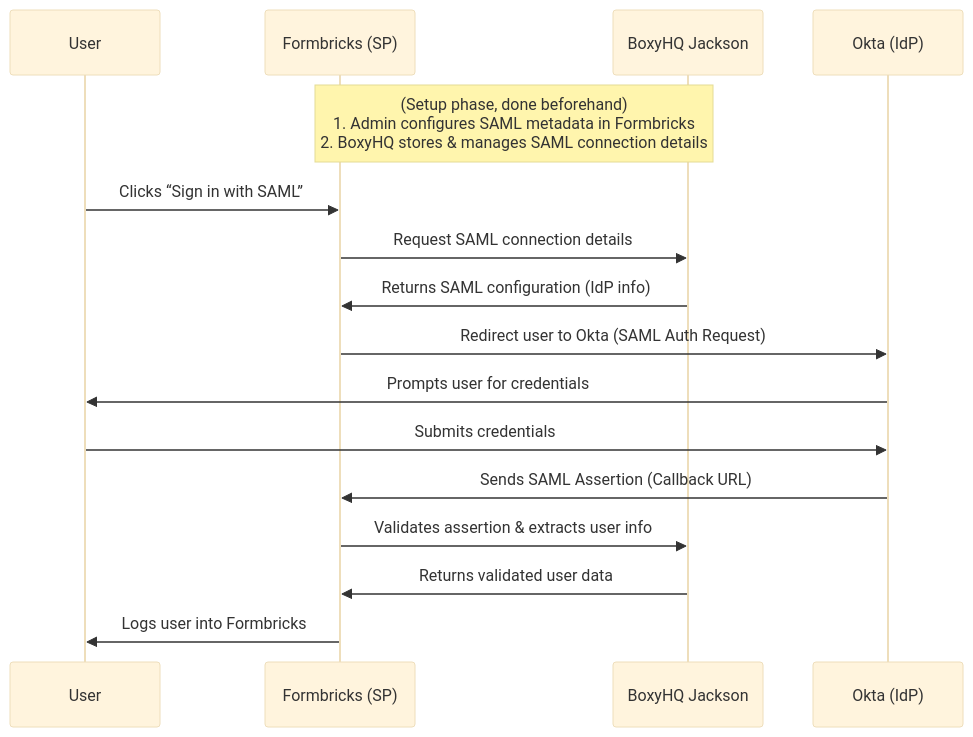
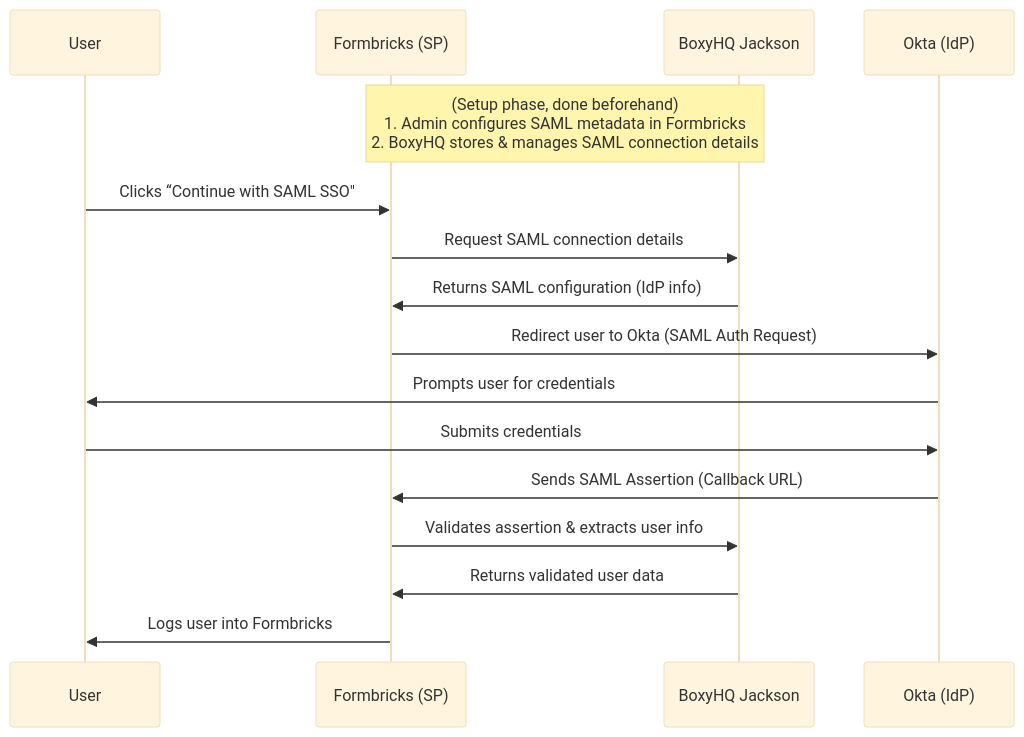
The diagram in docs/self-hosting/configuration/auth-sso/saml-sso.mdx (formbricks/formbricks), drawn with Mermaid (base theme) before and after one commit. The commit also changed other lines of this file and 6 other files, not shown here.

````diff
--- a/docs/self-hosting/configuration/auth-sso/saml-sso.mdx
+++ b/docs/self-hosting/configuration/auth-sso/saml-sso.mdx
@@ -44,21 +44,21 @@
 ```mermaid
 sequenceDiagram
     participant U as User
     participant FB as Formbricks (SP)
     participant BHQ as BoxyHQ Jackson
     participant OK as Okta (IdP)
 
     Note over FB,BHQ: (Setup phase, done beforehand)<br/>1. Admin configures SAML metadata in Formbricks<br/>2. BoxyHQ stores & manages SAML connection details
 
-    U->>FB: Clicks “Sign in with SAML”
+    U->>FB: Clicks “Continue with SAML SSO"
     FB->>BHQ: Request SAML connection details
     BHQ->>FB: Returns SAML configuration (IdP info)
     FB->>OK: Redirect user to Okta (SAML Auth Request)
     OK->>U: Prompts user for credentials
     U->>OK: Submits credentials
     OK->>FB: Sends SAML Assertion (Callback URL)
     FB->>BHQ: Validates assertion & extracts user info
     BHQ->>FB: Returns validated user data
     FB->>U: Logs user into Formbricks
 
 ```
````
